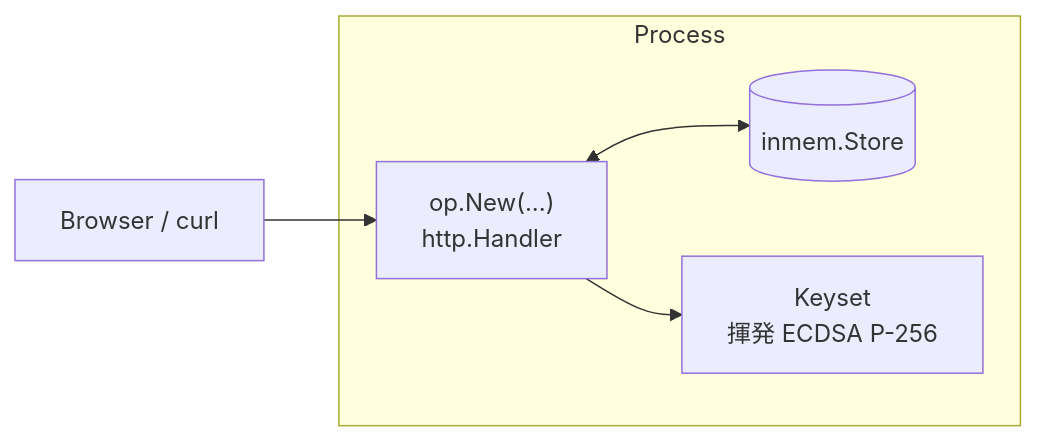
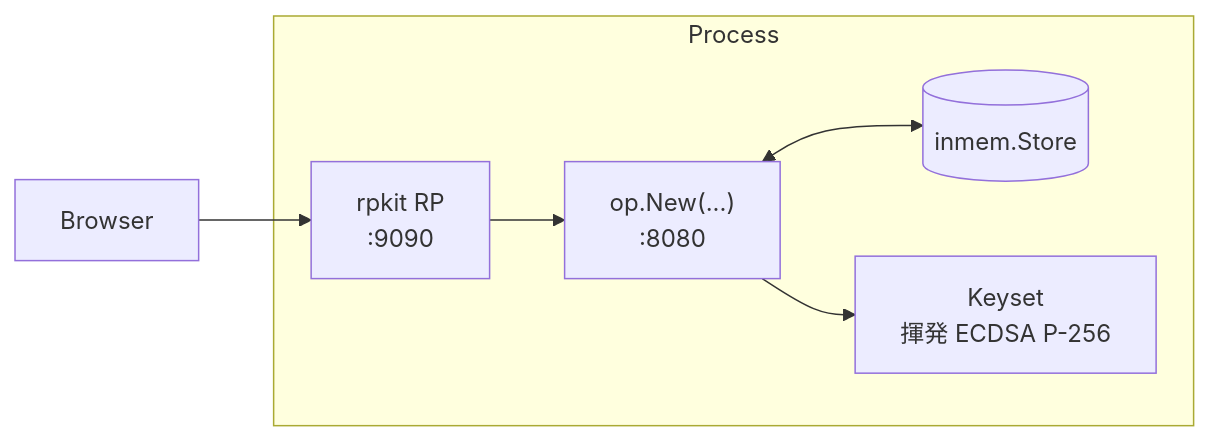
The diagram in src/ja/use-cases/minimal-op.md (libraz/go-oidc-provider-homepage), drawn with Mermaid before and after one commit. The commit also changed other lines of this file and 53 other files, not shown here.

````diff
--- a/src/ja/use-cases/minimal-op.md
+++ b/src/ja/use-cases/minimal-op.md
@@ -14,11 +14,13 @@
 ```mermaid
 flowchart LR
   subgraph Process
-    OP["op.New(...)<br/>http.Handler"]
+    OP["op.New(...)<br/>:8080"]
+    RP["rpkit RP<br/>:9090"]
     INMEM[(inmem.Store)]
     KS[Keyset<br/>揮発 ECDSA P-256]
   end
-  RP[Browser / curl] --> OP
+  Browser --> RP
+  RP --> OP
   OP <--> INMEM
   OP --> KS
 ```
````
